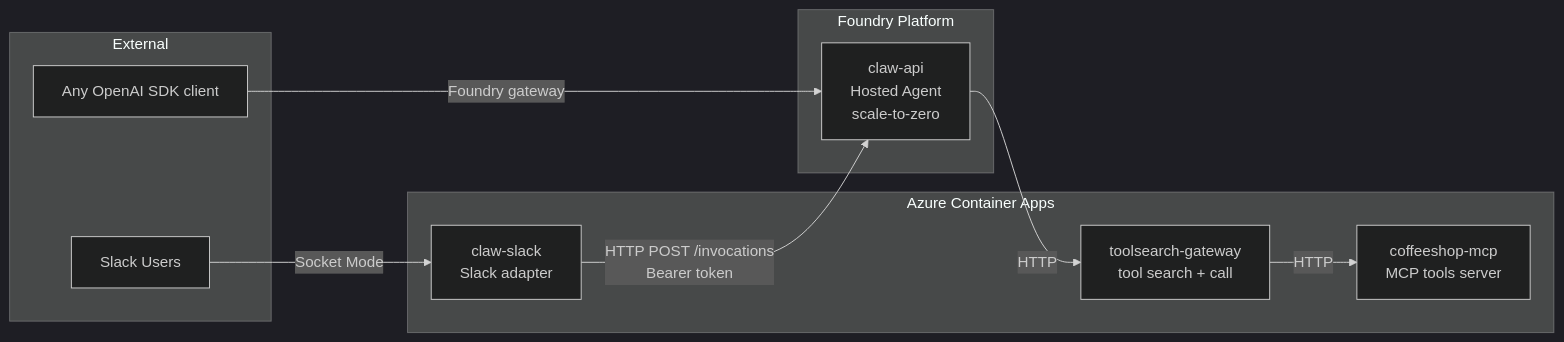
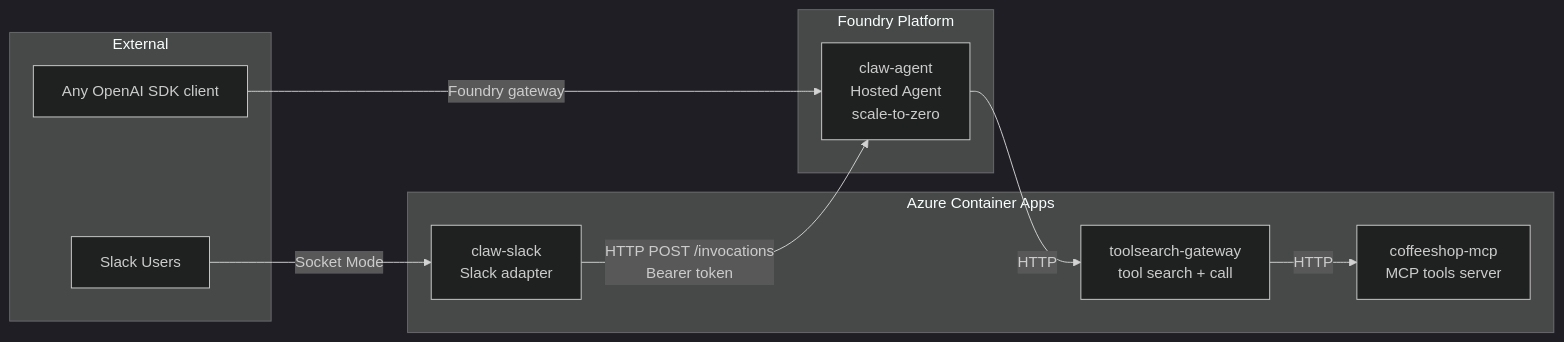
Before and after one commit to thangchung/agent-engineering-experiment: the first of 3 diagrams in foundry-agentfx/refactor_foundry.md, drawn with Mermaid (dark theme). The commit also changed other lines of this file and 39 other files, not shown here.

````diff
--- a/foundry-agentfx/refactor_foundry.md
+++ b/foundry-agentfx/refactor_foundry.md
@@ -159,23 +159,23 @@
 ```mermaid
 flowchart LR
     subgraph "Azure Container Apps"
         CMS[coffeeshop-mcp<br/>MCP tools server]
         TSG[toolsearch-gateway<br/>tool search + call]
         CS[claw-slack<br/>Slack adapter]
     end
 
     subgraph "Foundry Platform"
-        FA[claw-api<br/>Hosted Agent<br/>scale-to-zero]
+        FA[claw-agent<br/>Hosted Agent<br/>scale-to-zero]
     end
 
     subgraph "External"
         SL[Slack Users]
         SDK[Any OpenAI SDK client]
     end
 
     SL -->|Socket Mode| CS
     CS -->|HTTP POST /invocations<br/>Bearer token| FA
     SDK -->|Foundry gateway| FA
     FA -->|HTTP| TSG
     TSG -->|HTTP| CMS
 ```
````
